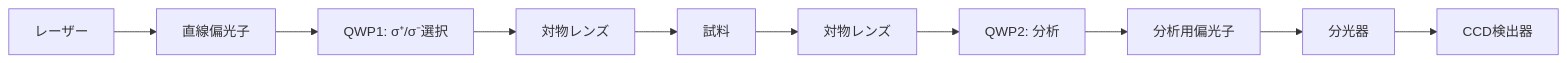
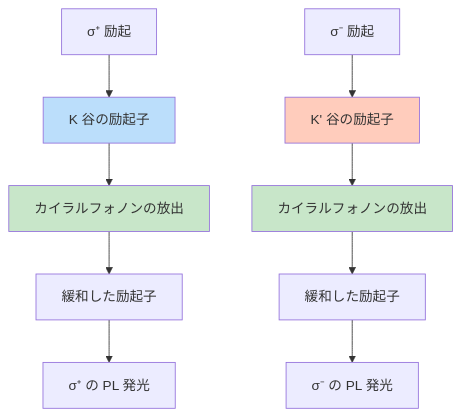
One commit to YusukeHashimotoLab/AI-Knowledge-Notes changed the second of 2 diagrams in knowledge/jp/MS/chiral-phonons/chapter-3.md. Above: the diagram before and after it, drawn with Mermaid. The commit also changed other lines of this file and 151 other files, not shown here.

````diff
--- a/knowledge/jp/MS/chiral-phonons/chapter-3.md
+++ b/knowledge/jp/MS/chiral-phonons/chapter-3.md
@@ -70,12 +192,17 @@
 ```mermaid
-graph LR
-    A[レーザー] --> B[直線偏光子]
-    B --> C[QWP1: σ⁺/σ⁻選択]
-    C --> D[対物レンズ]
-    D --> E[試料]
-    E --> F[対物レンズ]
-    F --> G[QWP2: 分析]
-    G --> H[分析用偏光子]
-    H --> I[分光器]
-    I --> J[CCD検出器]
+graph TD
+    A[σ⁺ 励起] --> B[K 谷の励起子]
+    B --> C[カイラルフォノンの放出]
+    C --> D[緩和した励起子]
+    D --> E[σ⁺ の PL 発光]
+
+    F[σ⁻ 励起] --> G[K' 谷の励起子]
+    G --> H[カイラルフォノンの放出]
+    H --> I[緩和した励起子]
+    I --> J[σ⁻ の PL 発光]
+
+    style B fill:#bbdefb
+    style G fill:#ffccbc
+    style C fill:#c8e6c9
+    style H fill:#c8e6c9
 ```
````
